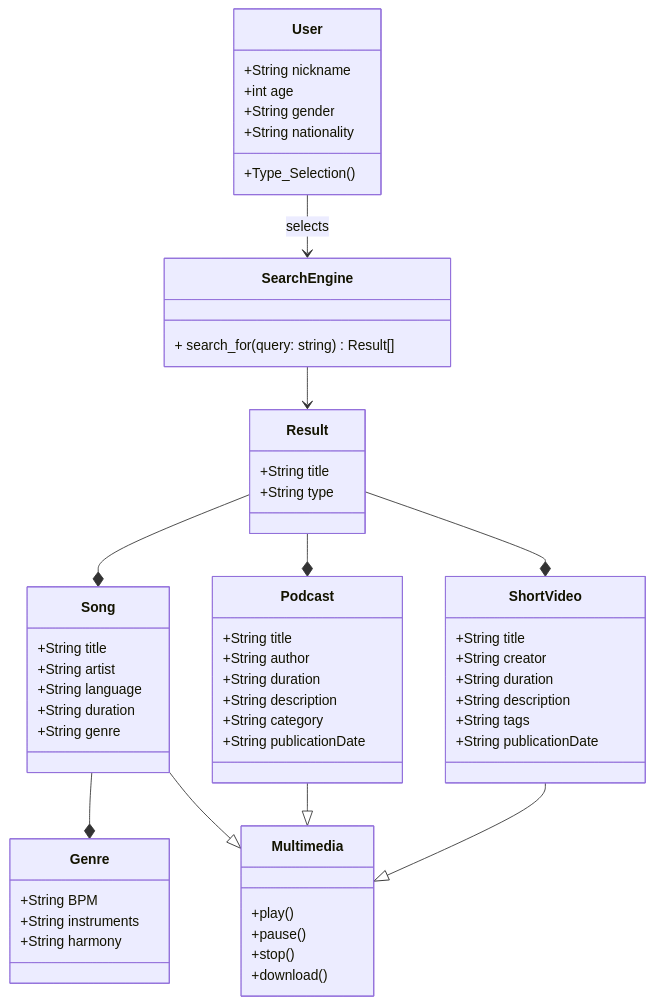
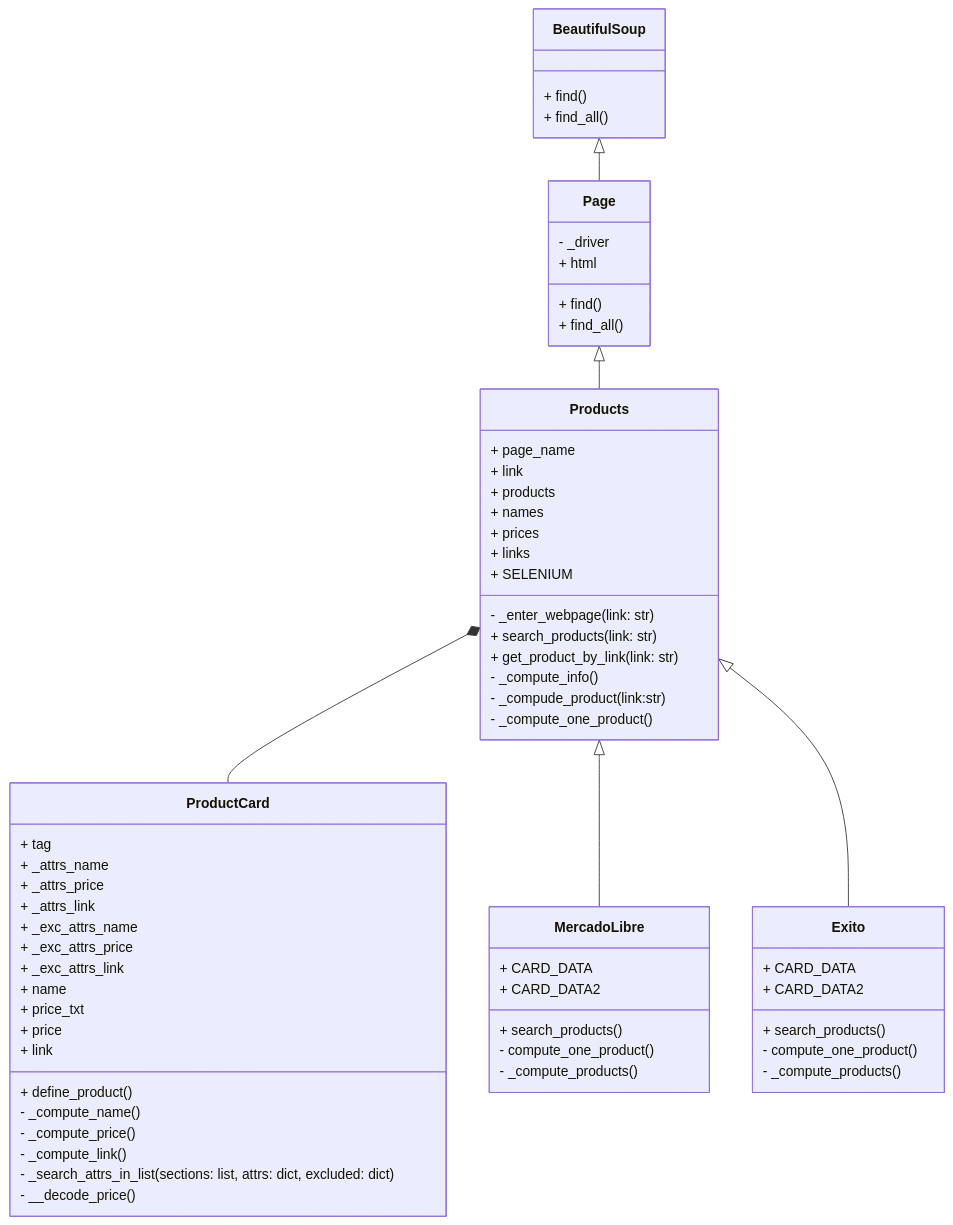
Before and after one commit to Dilanpc/MarketMiner: the diagram in README.md, drawn with Mermaid. The commit also changed 1 other file, not shown here.

Commit message:
Diagrama de clases Scrape

````diff
--- a/README.md
+++ b/README.md
@@ -13,73 +13,80 @@
 ```mermaid
 classDiagram
-    direction RL
-    class User {
-        +String nickname
-        +int age
-        +String gender
-        +String nationality
-        +Type_Selection()
+    BeautifulSoup <|-- Page
+    Page <|-- Products
+    Products *-- ProductCard
+    Products <|-- MercadoLibre
+    Products <|-- Exito
+
+    class BeautifulSoup{
+        + find()
+        + find_all()
     }
 
-    class SearchEngine {
-        + search_for(query: string) Result[]
+    class Page{
+        - _driver
+        + html
+
+        + find()
+        + find_all()
     }
 
-    class Result {
-        +String title
-        +String type
+    class Products{
+        + page_name
+        + link
+        + products
+        + names
+        + prices
+        + links
+        + SELENIUM
+
+        - _enter_webpage(link: str)
+        + search_products(link: str)
+        + get_product_by_link(link: str)
+        - _compute_info()
+        - _compude_product(link:str)
+        - _compute_one_product()
+
     }
 
-    class Multimedia {
-        +play()
-        +pause()
-        +stop()
-        +download()
+    class ProductCard{
+        + tag
+        + _attrs_name
+        + _attrs_price
+        + _attrs_link
+        + _exc_attrs_name
+        + _exc_attrs_price
+        + _exc_attrs_link
+        + name
+        + price_txt
+        + price
+        + link
+
+        + define_product()
+        - _compute_name()
+        - _compute_price()
+        - _compute_link()
+        - _search_attrs_in_list(sections: list, attrs: dict, excluded: dict)
+        - __decode_price()
     }
 
-    class Song {
-        +String title
-        +String artist
-        +String language
-        +String duration
-        +String genre
+
+    class MercadoLibre{
+        + CARD_DATA
+        + CARD_DATA2
+
+        + search_products()
+        - compute_one_product()
+        - _compute_products()
     }
 
-    class Genre {
-        +String BPM
-        +String instruments
-        +String harmony
+    class Exito{
+        + CARD_DATA
+        + CARD_DATA2
+
+        + search_products()
+        - compute_one_product()
+        - _compute_products()
     }
 
-    class Podcast  {
-        +String title
-        +String author
-        +String duration
-        +String description
-        +String category
-        +String publicationDate
-    }
-
-    class ShortVideo {
-        +String title
-        +String creator
-        +String duration
-        +String description
-        +String tags
-        +String publicationDate
-    }
- 
- direction TB
-    User --> SearchEngine: selects
-    SearchEngine --> Result
-
-    Result --* Song 
-    Result --* Podcast
-    Result --* ShortVideo
-    Song --* Genre
-
-    Podcast --|> Multimedia
-     Song --|> Multimedia
-      ShortVideo --|> Multimedia
-
 ```
````
